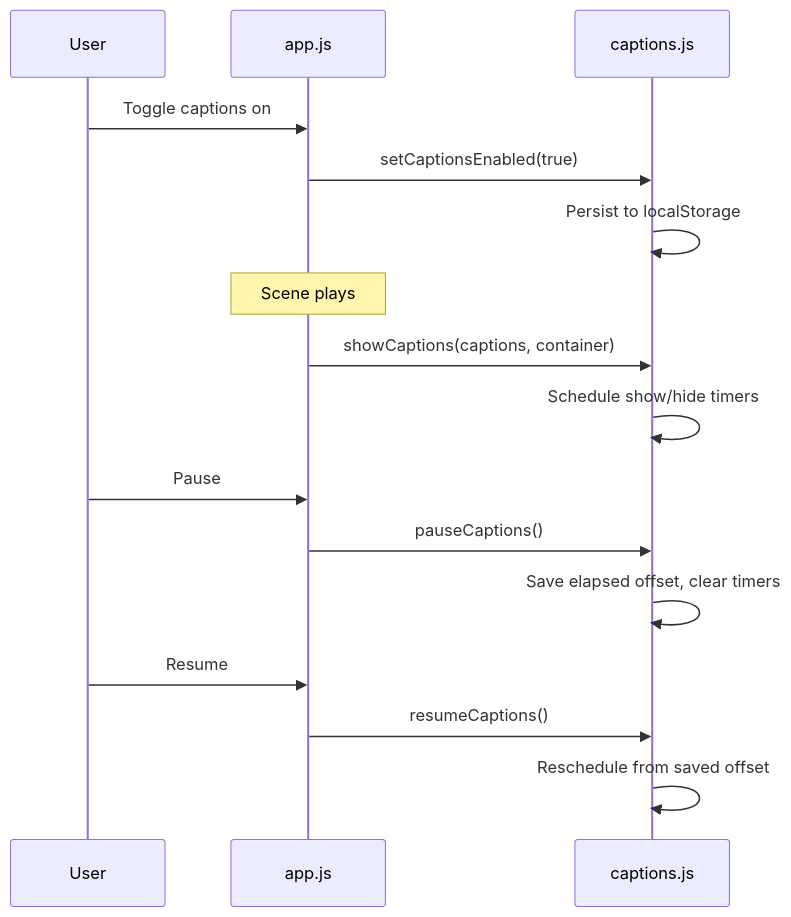
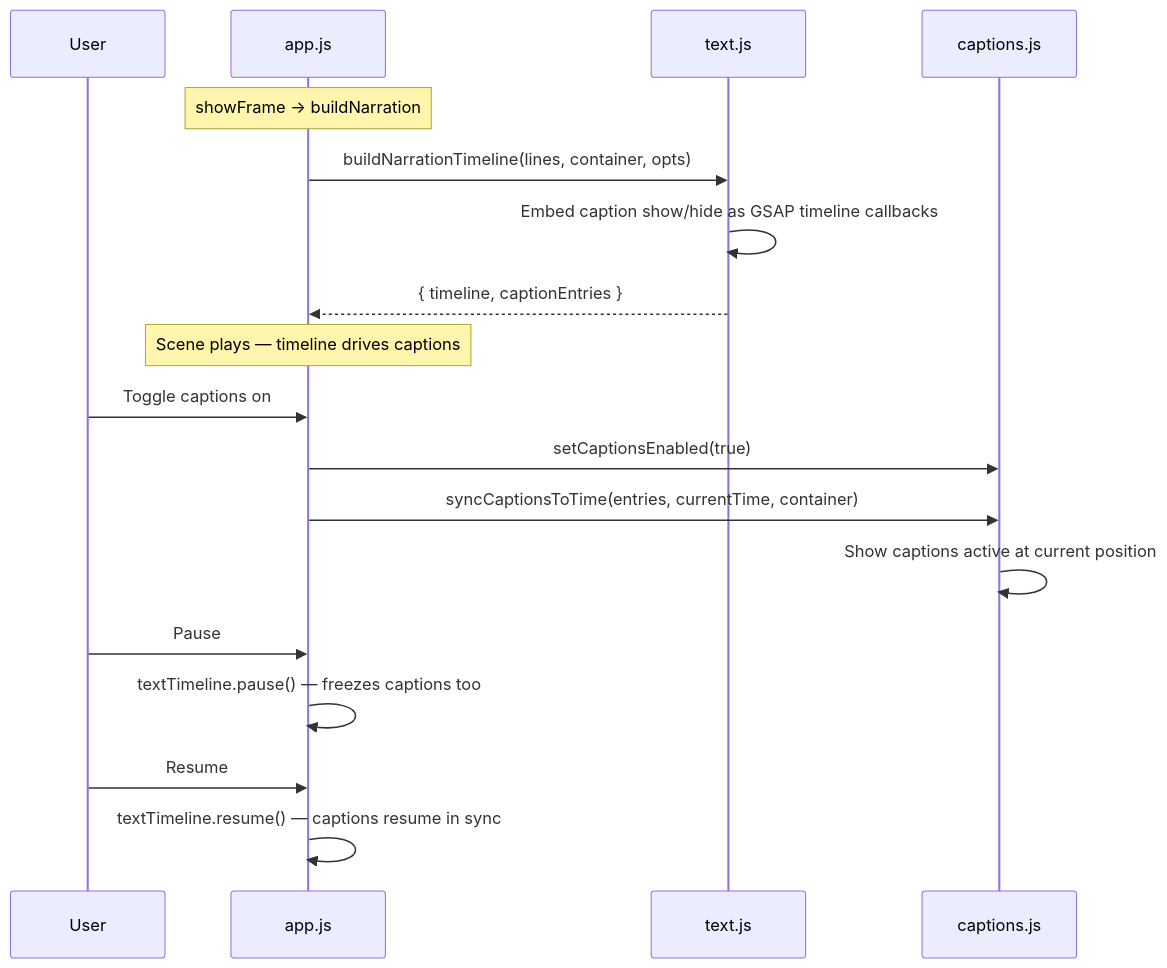
One commit to anchildress1/carbon-trace changed the third of 3 diagrams in docs/accessibility.md. Above: the diagram before and after it, drawn with Mermaid. The commit also changed other lines of this file and 43 other files, not shown here.

````diff
--- a/docs/accessibility.md
+++ b/docs/accessibility.md
@@ -88,22 +90,25 @@
 ```mermaid
 sequenceDiagram
     participant User
     participant App as app.js
+    participant Text as text.js
     participant Cap as captions.js
+
+    Note over App: showFrame → buildNarration
+    App->>Text: buildNarrationTimeline(lines, container, opts)
+    Text->>Text: Embed caption show/hide as GSAP timeline callbacks
+    Text-->>App: { timeline, captionEntries }
+
+    Note over App: Scene plays — timeline drives captions
 
     User->>App: Toggle captions on
     App->>Cap: setCaptionsEnabled(true)
-    Cap->>Cap: Persist to localStorage
-
-    Note over App: Scene plays
-    App->>Cap: showCaptions(captions, container)
-    Cap->>Cap: Schedule show/hide timers
+    App->>Cap: syncCaptionsToTime(entries, currentTime, container)
+    Cap->>Cap: Show captions active at current position
 
     User->>App: Pause
-    App->>Cap: pauseCaptions()
-    Cap->>Cap: Save elapsed offset, clear timers
+    App->>App: textTimeline.pause() — freezes captions too
 
     User->>App: Resume
-    App->>Cap: resumeCaptions()
-    Cap->>Cap: Reschedule from saved offset
+    App->>App: textTimeline.resume() — captions resume in sync
 ```
````
